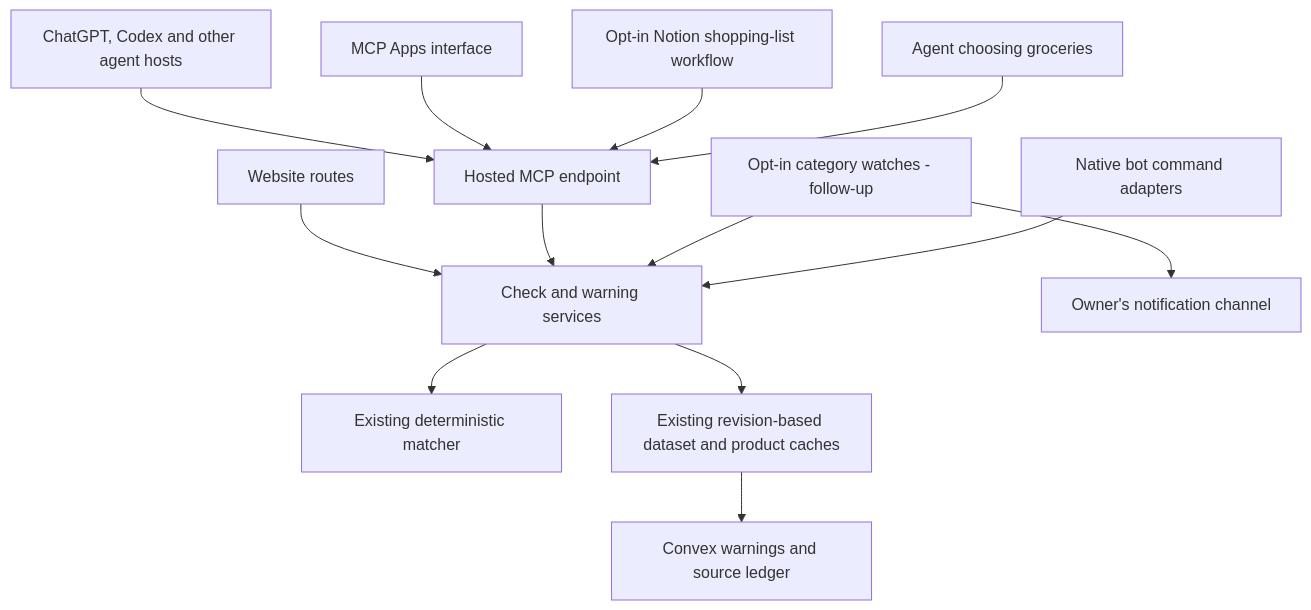
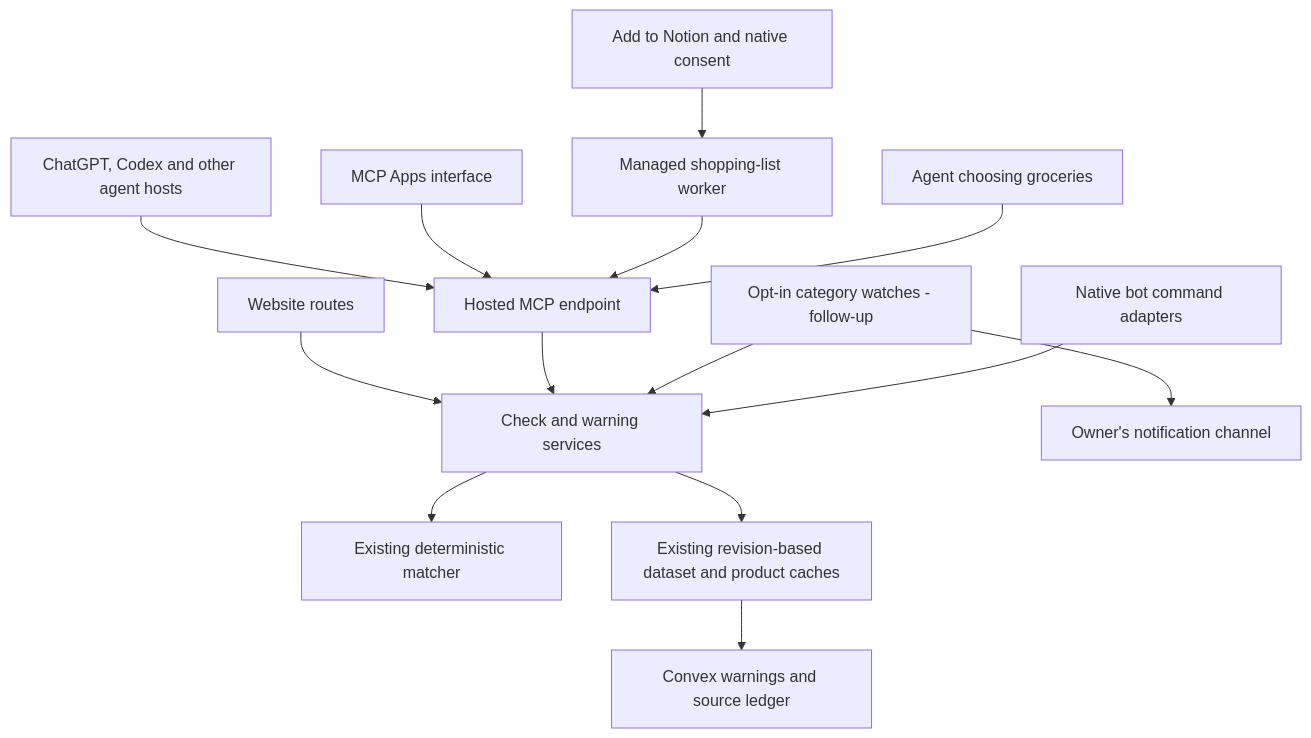
The diagram in docs/plugin-integration-plan.md (anthonyhumphreys/eat-or-yeet), drawn with Mermaid before and after one commit. The commit also changed other lines of this file and 4 other files, not shown here.

````diff
--- a/docs/plugin-integration-plan.md
+++ b/docs/plugin-integration-plan.md
@@ -43,15 +43,16 @@
 ```mermaid
 flowchart TD
     Website[Website routes] --> Services[Check and warning services]
     Agents[ChatGPT, Codex and other agent hosts] --> MCP[Hosted MCP endpoint]
     MCP --> Services
     ChatUI[MCP Apps interface] --> MCP
-    Notion[Opt-in Notion shopping-list workflow] --> MCP
+    Install[Add to Notion and native consent] --> Notion[Managed shopping-list worker]
+    Notion --> MCP
     Shopping[Agent choosing groceries] --> MCP
     Watches[Opt-in category watches - follow-up] --> Services
     Watches --> Alerts[Owner's notification channel]
     Bots[Native bot command adapters] --> Services
     Services --> Matcher[Existing deterministic matcher]
     Services --> Cache[Existing revision-based dataset and product caches]
     Cache --> Convex[Convex warnings and source ledger]
 ```
````
